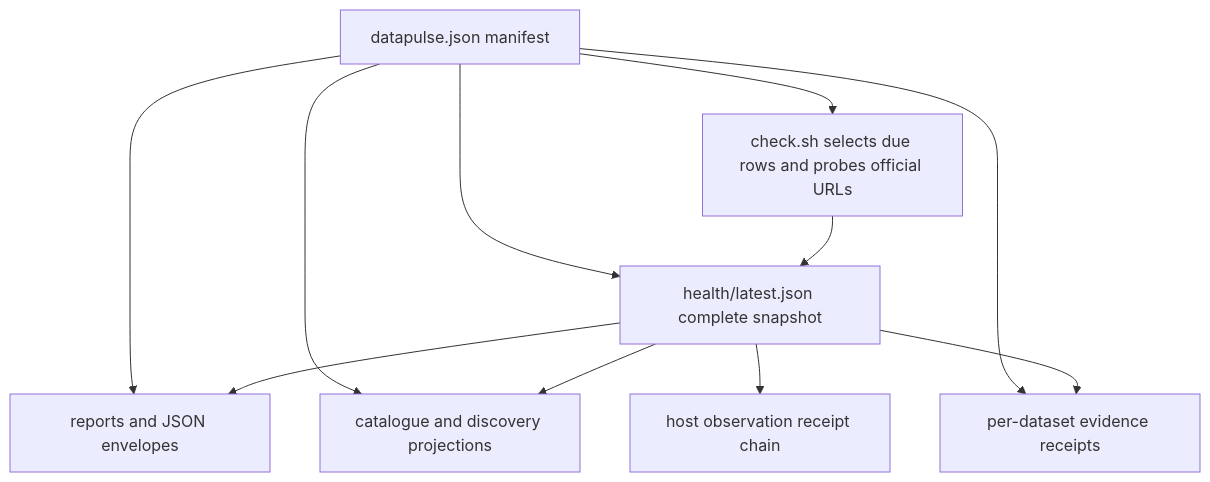
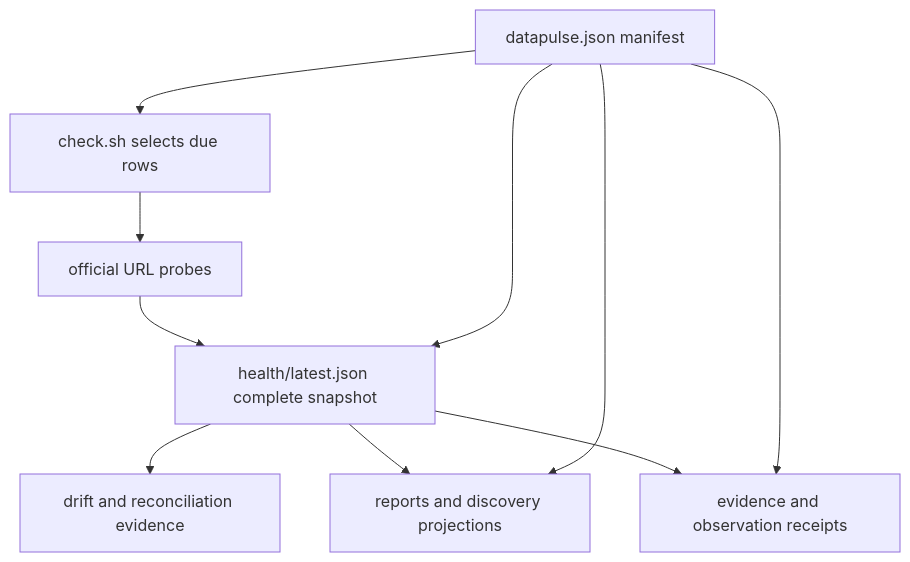
One commit to r3dz4r/datapulse-my changed the diagram in openwiki/datasets.md. Above: the diagram before and after it, drawn with Mermaid. The commit also changed other lines of this file and 4 other files, not shown here.

````diff
--- a/openwiki/datasets.md
+++ b/openwiki/datasets.md
@@ -71,13 +51,12 @@
 ```mermaid
 flowchart TD
-    M["datapulse.json manifest"] --> P["check.sh selects due rows and probes official URLs"]
+    M["datapulse.json manifest"] --> S["check.sh selects due rows"]
+    S --> P["official URL probes"]
     P --> H["health/latest.json complete snapshot"]
     M --> H
-    H --> R["reports and JSON envelopes"]
+    H --> D["drift and reconciliation evidence"]
+    H --> R["reports and discovery projections"]
     M --> R
-    H --> C["catalogue and discovery projections"]
-    M --> C
-    H --> E["per-dataset evidence receipts"]
+    H --> E["evidence and observation receipts"]
     M --> E
-    H --> O["host observation receipt chain"]
 ```
````
